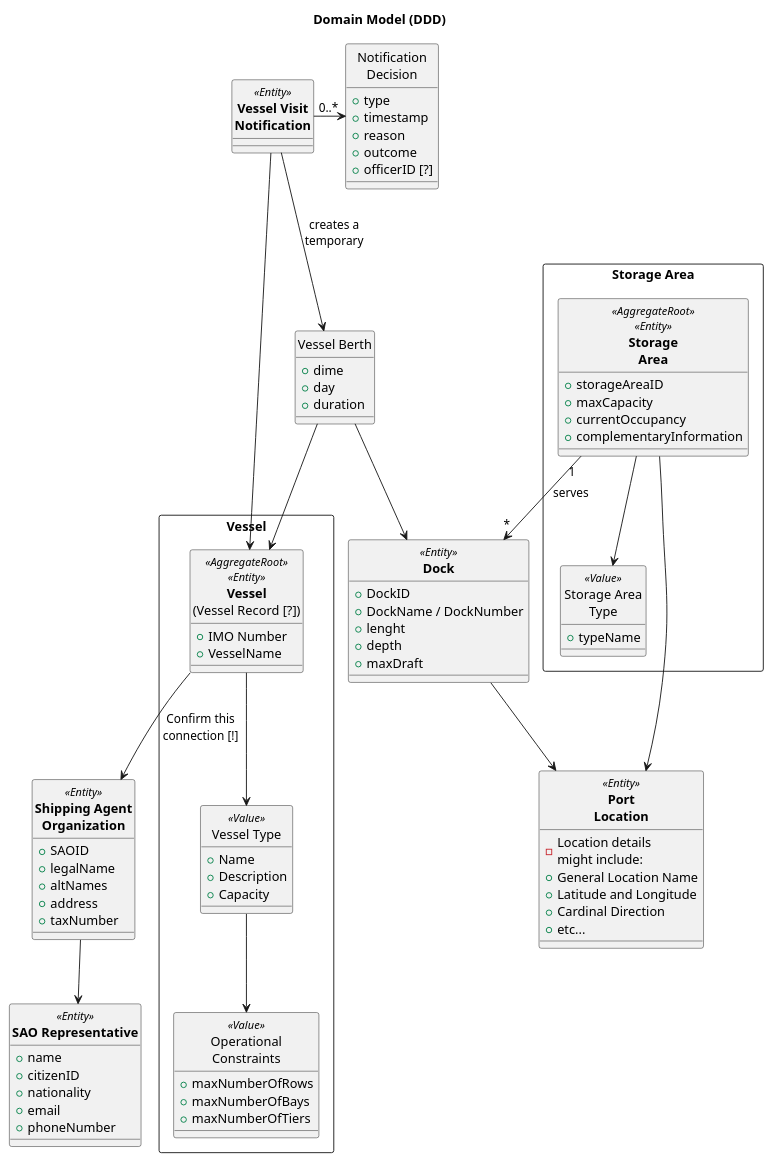
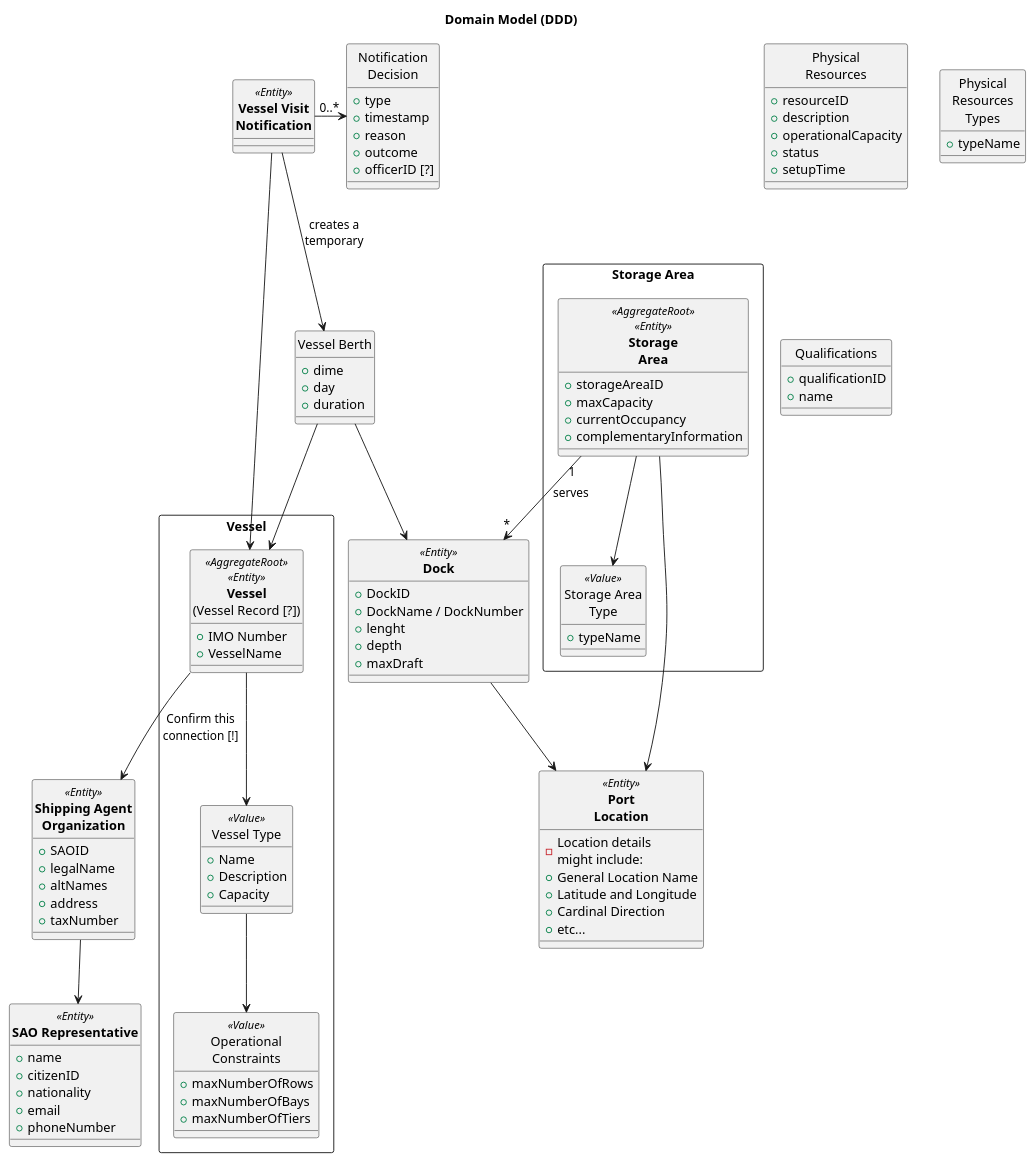
One commit to BernasDzn/portit changed the diagram in docs/sprint_1/global_artifacts/domain/domain_model.puml. Above: the diagram before and after it, drawn with PlantUML.

Commit message:
docs(domain): Added Physical resources and Qualifications to domain model
Refs: #24

```diff
--- a/docs/sprint_1/global_artifacts/domain/domain_model.puml
+++ b/docs/sprint_1/global_artifacts/domain/domain_model.puml
@@ -1,119 +1,134 @@
 @startuml domain_model
 title Domain Model (DDD)
 hide circle
 
 rectangle "Vessel" {
 	class "**Vessel**\n(Vessel Record [?])" as vessel <<AggregateRoot>><<Entity>>
 	{
 		+ IMO Number
 		+ VesselName
 	}
 
 	class "Vessel Type" as vessel_type <<Value>>
 	{
 		+ Name
 		+ Description
 		+ Capacity
 	}
 
 	class "Operational\nConstraints" as op_constraints <<Value>>
 	{
 		+ maxNumberOfRows
 		+ maxNumberOfBays
 		+ maxNumberOfTiers
 	}
 
 	vessel --> vessel_type
 	vessel_type --> op_constraints
 }
 
 class "**Dock**" as dock <<Entity>>
 {
 	+ DockID
 	+ DockName / DockNumber
 	+ lenght
 	+ depth
 	+ maxDraft
 }
 
 class "**Port**\n**Location**" as port_loc <<Entity>>
 {
 	- Location details \nmight include:
 	+ General Location Name
 	+ Latitude and Longitude
 	+ Cardinal Direction
 	+ etc...
 }
 
 rectangle "Storage Area"{
 	
 	class "**Storage**\n**Area**" as storage_area <<AggregateRoot>><<Entity>>
 	{
 		+ storageAreaID
 		+ maxCapacity
 		+ currentOccupancy
 		+ complementaryInformation
 	}
 
 	class "Storage Area\nType" as storage_area_type <<Value>>{
 		+ typeName
 	}
 
 	storage_area --> storage_area_type
 	storage_area --> port_loc
 	storage_area "1" --> "*" dock : "serves"
 }
 
 class "**Shipping Agent**\n**Organization**" as SAO <<Entity>>
 {
 	+ SAOID
 	+ legalName
 	+ altNames
 	+ address
 	+ taxNumber
 }
 
 class "**SAO Representative**" as SAO_rep <<Entity>>
 {
 	+ name
 	+ citizenID
 	+ nationality
 	+ email
 	+ phoneNumber
 }
 
 class "**Vessel Visit**\n**Notification**" as vesel_visit_notif <<Entity>>
 {
 }
 
 class "Vessel Berth" as vessel_berth
 {
 	+ dime
 	+ day
 	+ duration
 }
 
 class "Notification\nDecision" as notif_dec
 {
 	+ type
 	+ timestamp
 	+ reason
 	+ outcome
 	+ officerID [?]
 }
 
 
+class "Physical\nResources" as phys_res{
+	+ resourceID
+	+ description
+	+ operationalCapacity
+	+ status
+	+ setupTime
+}
 
+class "Physical\nResources\nTypes" as phys_res_types{
+	+ typeName
+}
+
+class "Qualifications" as quali{
+	+ qualificationID
+	+ name
+}
 
 vesel_visit_notif -> "0..*" notif_dec
 vesel_visit_notif --> vessel_berth : "creates a\ntemporary"
 vesel_visit_notif ---> vessel
 vessel_berth --> vessel
 vessel_berth --> dock
 
 
 vessel --> SAO : "Confirm this\nconnection [!]"
 dock --> port_loc
 SAO --> SAO_rep
 
 @enduml
```
